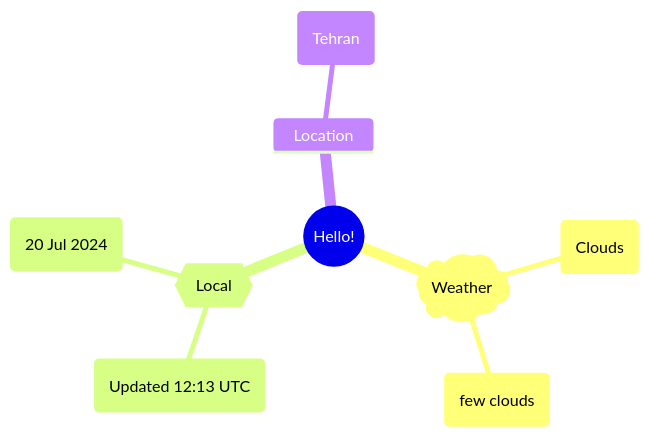
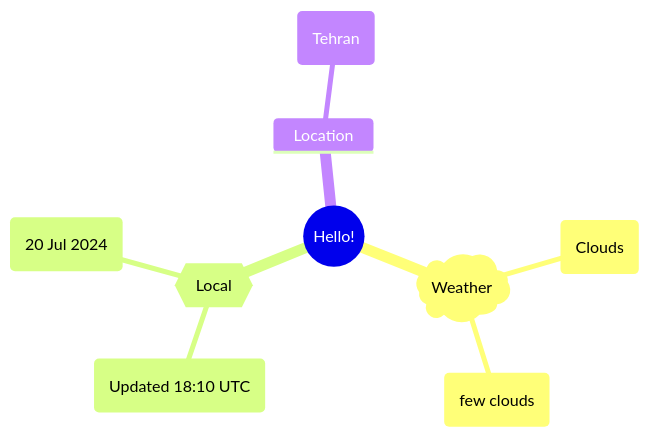
The first of 2 diagrams in README.md (Xosrov/Xosrov), drawn with Mermaid before and after one commit.

Commit message:
[bot] updated images

````diff
--- a/README.md
+++ b/README.md
@@ -3,12 +3,12 @@
 ```mermaid
 mindmap
   root((Hello!))
     )Weather(
         (Clouds)
         (few clouds)
     {{Local}}
-        (Updated 12:13 UTC)
+        (Updated 18:10 UTC)
         (20 Jul 2024)
     Location
         (Tehran)
 ```
````
